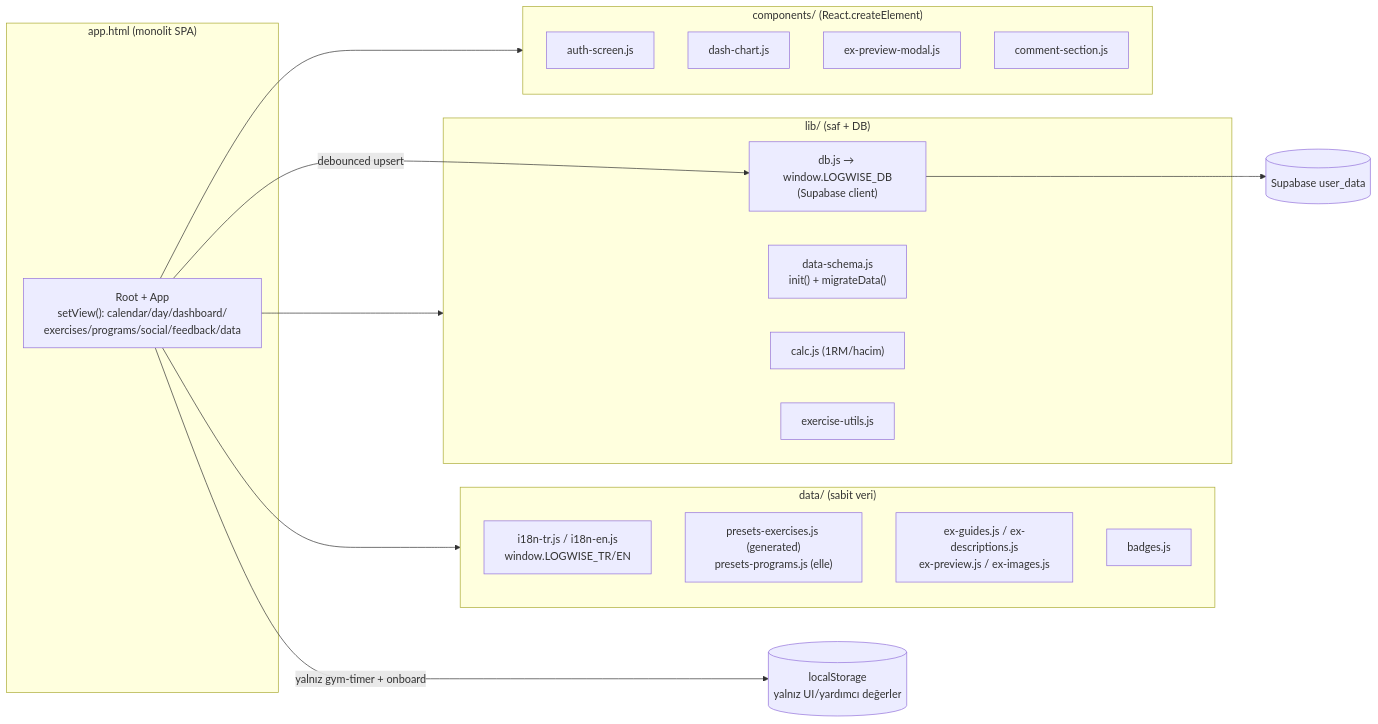
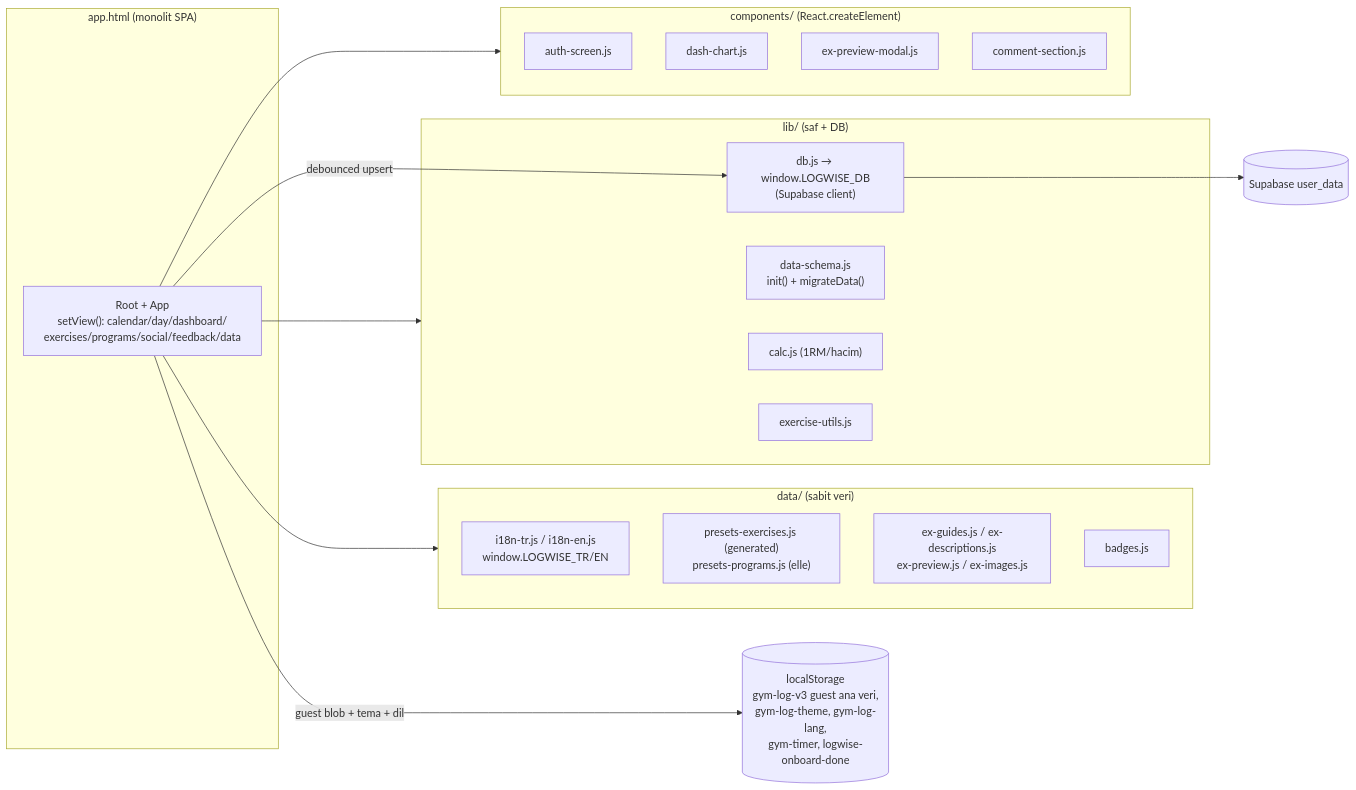
Before and after one commit to Ali-Colak06/LogWise: the second of 4 diagrams in docs/project-understanding/02-SYSTEM-ARCHITECTURE.md, drawn with Mermaid. The commit also changed other lines of this file and 11 other files, not shown here.

Commit message:
docs: correct LogWise architecture audit findings

````diff
--- a/docs/project-understanding/02-SYSTEM-ARCHITECTURE.md
+++ b/docs/project-understanding/02-SYSTEM-ARCHITECTURE.md
@@ -54,30 +54,30 @@
 ```mermaid
 flowchart LR
     subgraph apphtml["app.html (monolit SPA)"]
         ROOT["Root + App<br/>setView(): calendar/day/dashboard/<br/>exercises/programs/social/feedback/data"]
     end
     subgraph data["data/ (sabit veri)"]
         I18N["i18n-tr.js / i18n-en.js<br/>window.LOGWISE_TR/EN"]
         PRESETS["presets-exercises.js (generated)<br/>presets-programs.js (elle)"]
         GUIDES["ex-guides.js / ex-descriptions.js<br/>ex-preview.js / ex-images.js"]
         BADGES["badges.js"]
     end
     subgraph lib["lib/ (saf + DB)"]
         DB["db.js → window.LOGWISE_DB<br/>(Supabase client)"]
         SCHEMA["data-schema.js<br/>init() + migrateData()"]
         CALC["calc.js (1RM/hacim)"]
         EXU["exercise-utils.js"]
     end
     subgraph comp["components/ (React.createElement)"]
         AUTHS["auth-screen.js"]
         DASH["dash-chart.js"]
         EXMODAL["ex-preview-modal.js"]
         COMMENT["comment-section.js"]
     end
     ROOT --> data
     ROOT --> lib
     ROOT --> comp
     ROOT -->|debounced upsert| DB
     DB --> SUPA[("Supabase user_data")]
-    ROOT -->|yalnız gym-timer + onboard| LS[("localStorage<br/>yalnız UI/yardımcı değerler")]
+    ROOT -->|guest blob + tema + dil| LS[("localStorage<br/>gym-log-v3 guest ana veri,<br/>gym-log-theme, gym-log-lang,<br/>gym-timer, logwise-onboard-done")]
 ```
````
